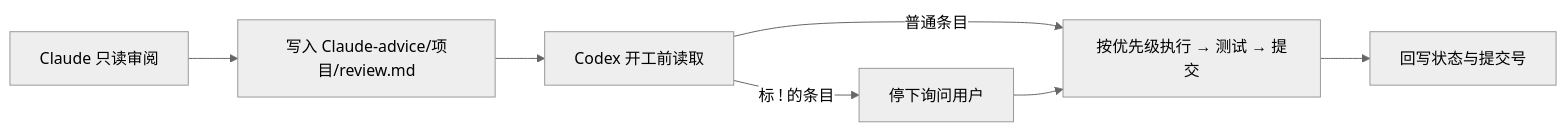
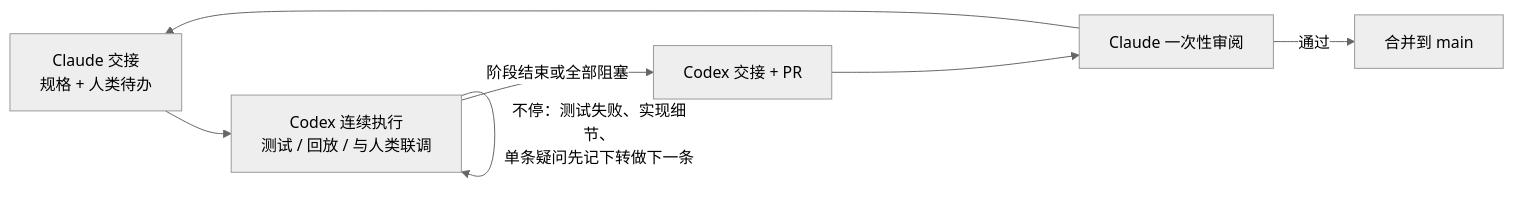
One commit to BrunonXU/DM0.5 changed the diagram in Claude-advice/README.md. Above: the diagram before and after it, drawn with Mermaid (neutral theme). The commit also changed other lines of this file and 6 other files, not shown here.

First line of the commit message:
Claude-advice: 协作与 Git/PR 规则、第四轮审阅回复与交接 20261126-01

````diff
--- a/Claude-advice/README.md
+++ b/Claude-advice/README.md
@@ -15,9 +9,9 @@
 ```mermaid
 flowchart LR
-  R[Claude 只读审阅] --> W[写入 Claude-advice/项目/review.md]
-  W --> C[Codex 开工前读取]
-  C -->|普通条目| E[按优先级执行 → 测试 → 提交]
-  C -->|标 ! 的条目| U[停下询问用户]
-  E --> B[回写状态与提交号]
-  U --> E
+  C1[Claude 交接<br/>规格 + 人类待办] --> X[Codex 连续执行<br/>测试 / 回放 / 与人类联调]
+  X -->|不停：测试失败、实现细节、<br/>单条疑问先记下转做下一条| X
+  X -->|阶段结束或全部阻塞| H[Codex 交接 + PR]
+  H --> R[Claude 一次性审阅]
+  R -->|通过| M[合并到 main]
+  R --> C1
 ```
````
